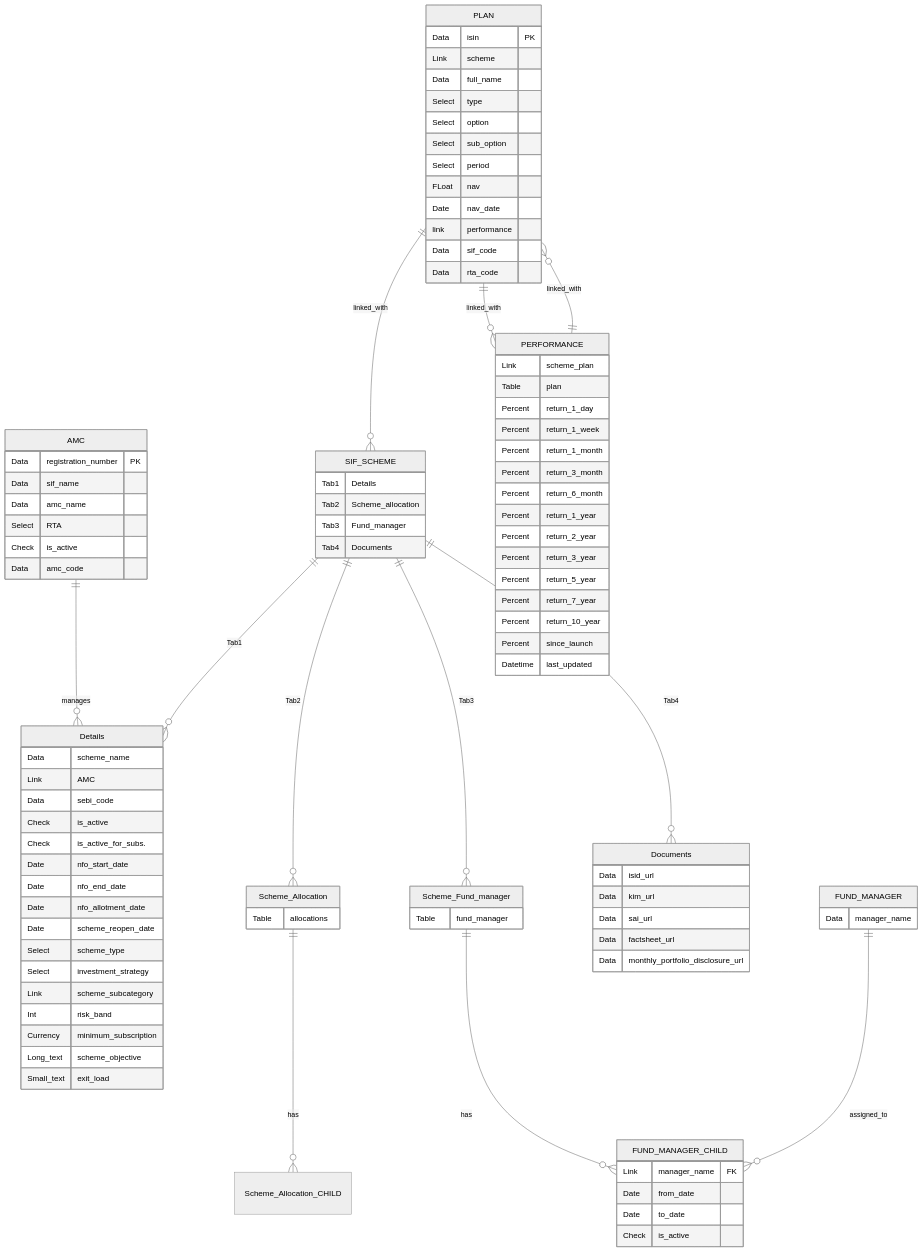
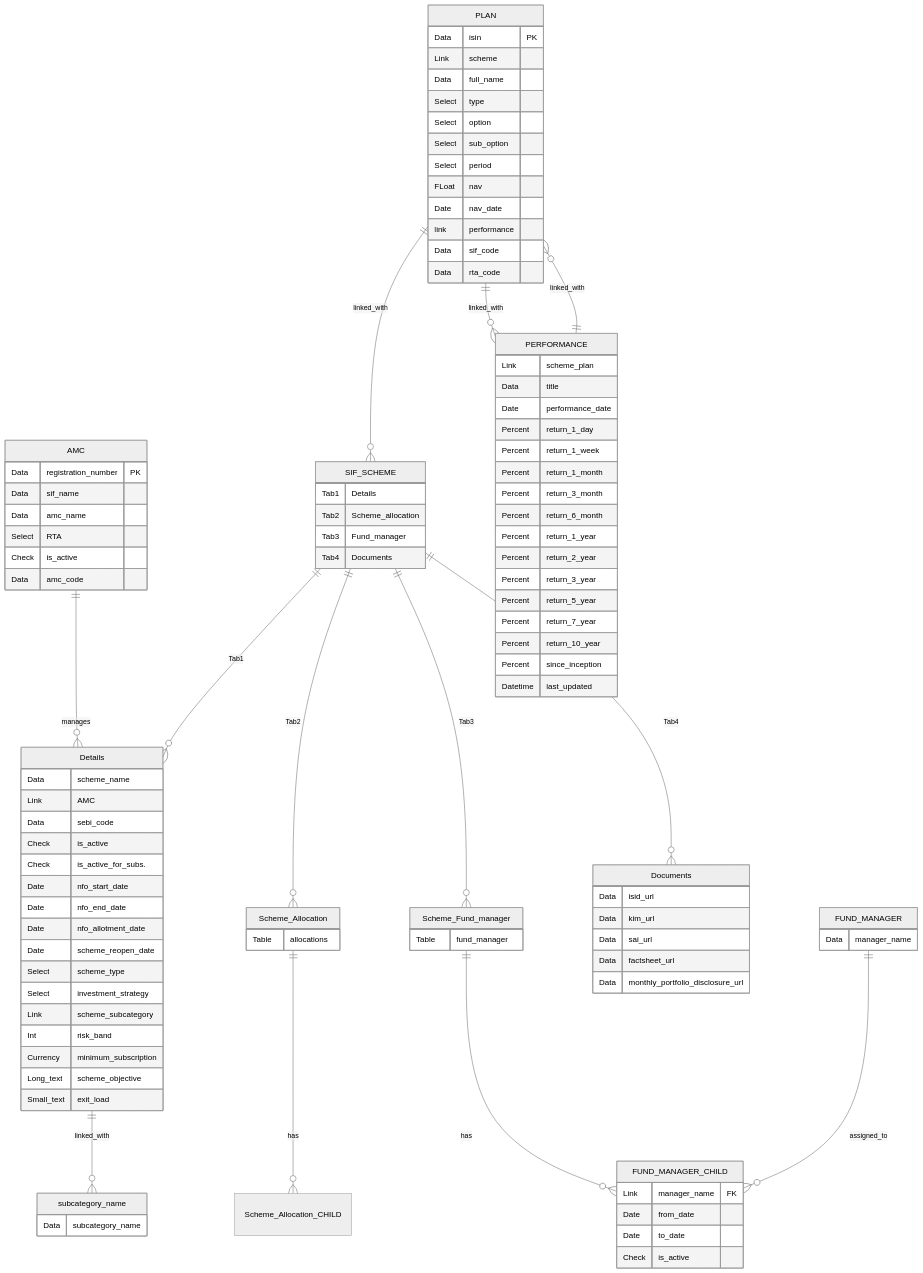
One commit to Satyam4755/My_SIF changed the diagram in sif_app/DOCTYPE architecture ER diagram.md. Above: the diagram before and after it, drawn with Mermaid (neutral theme).

Commit message:
Update DOCTYPE architecture ER diagram.md

```diff
--- a/sif_app/DOCTYPE architecture ER diagram.md
+++ b/sif_app/DOCTYPE architecture ER diagram.md
@@ -6,6 +6,7 @@
 
     AMC ||--o{ Details : manages
     
+    Details ||--o{ subcategory_name : linked_with
     PLAN ||--o{ SIF_SCHEME : linked_with
     PLAN ||--o{ PERFORMANCE : linked_with
     PERFORMANCE ||--o{ PLAN : linked_with
@@ -83,6 +84,10 @@
         Data monthly_portfolio_disclosure_url
     }
 
+    subcategory_name{
+        Data subcategory_name
+    }
+
     PLAN {
         Data isin PK
         Link scheme
@@ -100,8 +105,8 @@
 
     PERFORMANCE {
         Link scheme_plan
-
-        Table plan 
+        Data title
+        Date performance_date
 
         Percent return_1_day
         Percent return_1_week
@@ -114,7 +119,7 @@
         Percent return_5_year
         Percent return_7_year
         Percent return_10_year
-        Percent since_launch
+        Percent since_inception
 
         Datetime last_updated
     }
```
